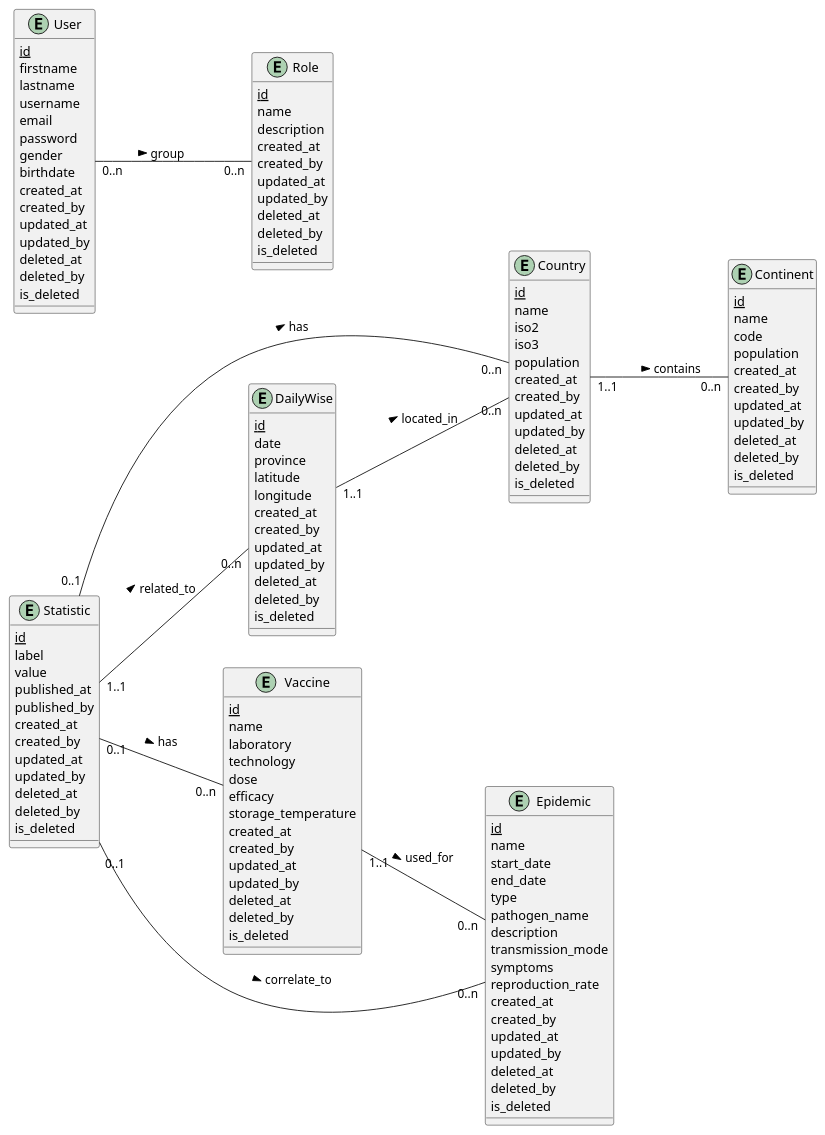
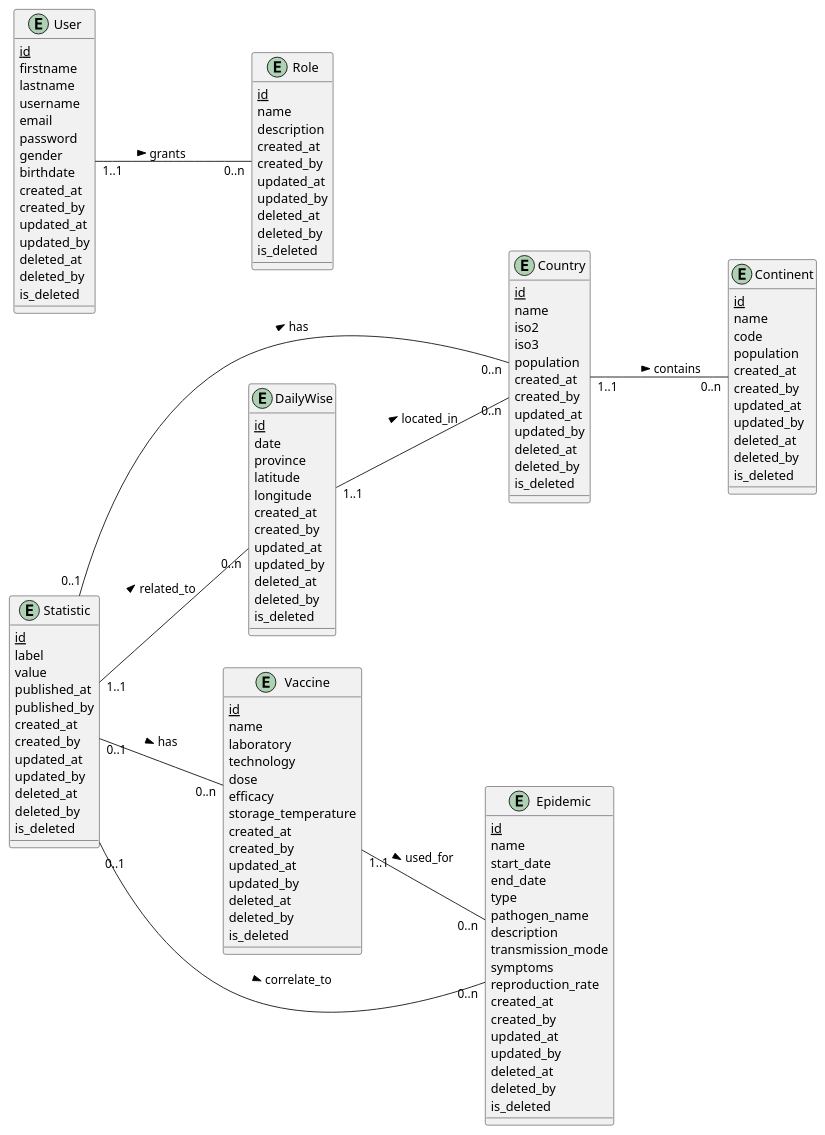
One commit to Sam-rst/EPSI_B3_MSPR-Groupe_MATS changed the diagram in docs/diagrams/merise/mcd/mcd.puml. Above: the diagram before and after it, drawn with PlantUML. The commit also changed 9 other files, not shown here.

```diff
--- a/docs/diagrams/merise/mcd/mcd.puml
+++ b/docs/diagrams/merise/mcd/mcd.puml
@@ -1,143 +1,143 @@
 @startuml MCD Merise
 left to right direction
 skinparam packageStyle rectangle
 
 ' Entités
 entity Continent {
   {static} id
   name
   code
   population
   created_at
   created_by
   updated_at
   updated_by
   deleted_at
   deleted_by
   is_deleted
 }
 
 entity Country {
   {static} id
   name
   iso2
   iso3
   population
   created_at
   created_by
   updated_at
   updated_by
   deleted_at
   deleted_by
   is_deleted
 }
 
 entity User {
   {static} id
   firstname
   lastname
   username
   email
   password
   gender
   birthdate
   created_at
   created_by
   updated_at
   updated_by
   deleted_at
   deleted_by
   is_deleted
 }
 
 entity Role {
   {static} id
   name
   description
   created_at
   created_by
   updated_at
   updated_by
   deleted_at
   deleted_by
   is_deleted
 }
 
 entity Epidemic {
   {static} id
   name
   start_date
   end_date
   type
   pathogen_name
   description
   transmission_mode
   symptoms
   reproduction_rate
   created_at
   created_by
   updated_at
   updated_by
   deleted_at
   deleted_by
   is_deleted
 }
 
 entity Vaccine {
   {static} id
   name
   laboratory
   technology
   dose
   efficacy
   storage_temperature
   created_at
   created_by
   updated_at
   updated_by
   deleted_at
   deleted_by
   is_deleted
 }
 
 entity DailyWise {
   {static} id
   date
   province
   latitude
   longitude
   created_at
   created_by
   updated_at
   updated_by
   deleted_at
   deleted_by
   is_deleted
 }
 
 entity Statistic {
   {static} id
   label
   value
   published_at
   published_by
   created_at
   created_by
   updated_at
   updated_by
   deleted_at
   deleted_by
   is_deleted
 }
 
 ' Associations avec cardinalités
 Country "1..1" -- "0..n" Continent : contains >
 DailyWise "1..1" -- "0..n" Country : located_in >
 Statistic "1..1" -- "0..n" DailyWise : related_to >
 Statistic "0..1" -- "0..n" Country : has >
 Statistic "0..1" -- "0..n" Vaccine : has >
 Statistic "0..1" -- "0..n" Epidemic : correlate_to >
 Vaccine "1..1" -- "0..n" Epidemic : used_for >
-User "0..n" -- "0..n" Role : group >
+User "1..1" -- "0..n" Role : grants >
 
 @enduml
```
